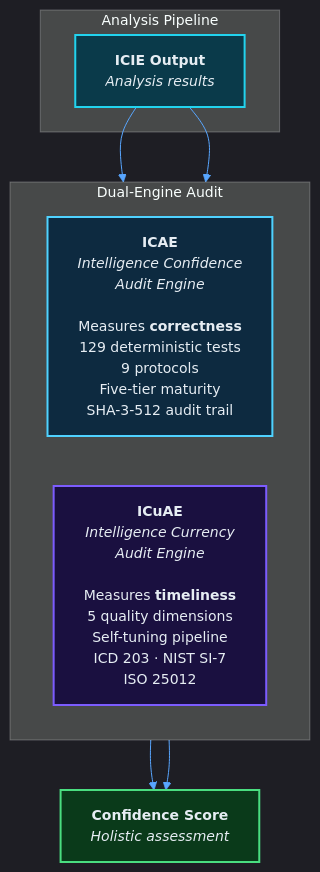
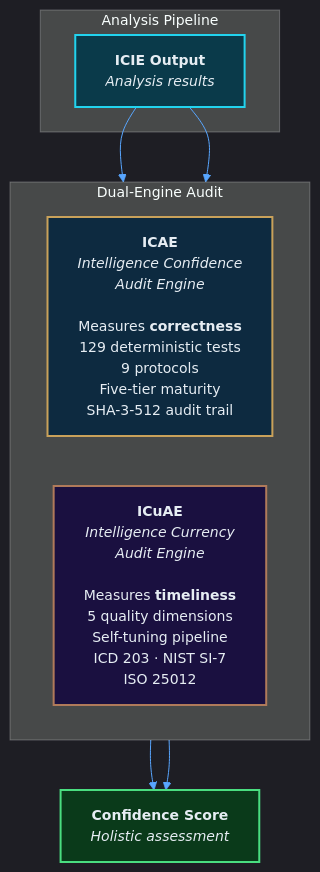
One commit to IT-Help-San-Diego/dns-tool-intel changed the diagram in docs/diagrams/confidence-framework.mmd. Above: the diagram before and after it, drawn with Mermaid. The commit also changed 12 other files, not shown here.

```diff
--- a/docs/diagrams/confidence-framework.mmd
+++ b/docs/diagrams/confidence-framework.mmd
@@ -1,23 +1,23 @@
 %%{ init: { 'theme': 'dark', 'themeVariables': { 'primaryColor': '#1e3a5f', 'primaryTextColor': '#e6edf3', 'primaryBorderColor': '#58a6ff', 'lineColor': '#58a6ff', 'secondaryColor': '#0c1018', 'tertiaryColor': '#111720', 'fontSize': '14px' } } }%%
 graph TD
     subgraph pipeline["Analysis Pipeline"]
         ICIE["<b>ICIE Output</b><br/><i>Analysis results</i>"]:::cyan
     end
 
     subgraph dual["Dual-Engine Audit"]
         direction LR
         ICAE["<b>ICAE</b><br/><i>Intelligence Confidence</i><br/><i>Audit Engine</i><br/><br/>Measures <b>correctness</b><br/>129 deterministic tests<br/>9 protocols<br/>Five-tier maturity<br/>SHA-3-512 audit trail"]:::icae
         ICuAE["<b>ICuAE</b><br/><i>Intelligence Currency</i><br/><i>Audit Engine</i><br/><br/>Measures <b>timeliness</b><br/>5 quality dimensions<br/>Self-tuning pipeline<br/>ICD 203 · NIST SI-7<br/>ISO 25012"]:::icuae
     end
 
     ICIE --> ICAE
     ICIE --> ICuAE
     ICAE --> SCORE
     ICuAE --> SCORE
 
     SCORE["<b>Confidence Score</b><br/><i>Holistic assessment</i>"]:::green
 
     classDef cyan fill:#0a3a4a,stroke:#22d3ee,stroke-width:2px,color:#e6edf3
-    classDef icae fill:#0d2a40,stroke:#4fd2ff,stroke-width:2px,color:#e6edf3
-    classDef icuae fill:#1a1040,stroke:#7c5cff,stroke-width:2px,color:#e6edf3
+    classDef icae fill:#0d2a40,stroke:#C9A15A,stroke-width:2px,color:#e6edf3
+    classDef icuae fill:#1a1040,stroke:#B07A5A,stroke-width:2px,color:#e6edf3
     classDef green fill:#0a3a1a,stroke:#4ade80,stroke-width:2px,color:#e6edf3
```
